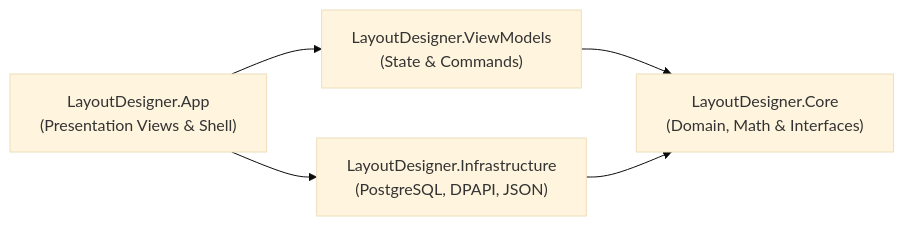
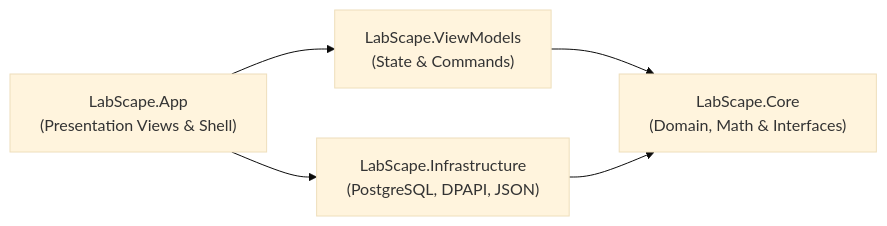
Before and after one commit to mjk22071998/LabScape: the third of 6 diagrams in docs/ARCHITECTURE.md, drawn with Mermaid (base theme). The commit also changed other lines of this file and 103 other files, not shown here.

Commit message:
chore: rename project and all namespaces to LabScape

````diff
--- a/docs/ARCHITECTURE.md
+++ b/docs/ARCHITECTURE.md
@@ -80,7 +80,7 @@
 ```mermaid
 flowchart LR
-    App["LayoutDesigner.App\n(Presentation Views & Shell)"] --> VM["LayoutDesigner.ViewModels\n(State & Commands)"]
-    App --> Infra["LayoutDesigner.Infrastructure\n(PostgreSQL, DPAPI, JSON)"]
-    VM --> Core["LayoutDesigner.Core\n(Domain, Math & Interfaces)"]
+    App["LabScape.App\n(Presentation Views & Shell)"] --> VM["LabScape.ViewModels\n(State & Commands)"]
+    App --> Infra["LabScape.Infrastructure\n(PostgreSQL, DPAPI, JSON)"]
+    VM --> Core["LabScape.Core\n(Domain, Math & Interfaces)"]
     Infra --> Core
 ```
````
